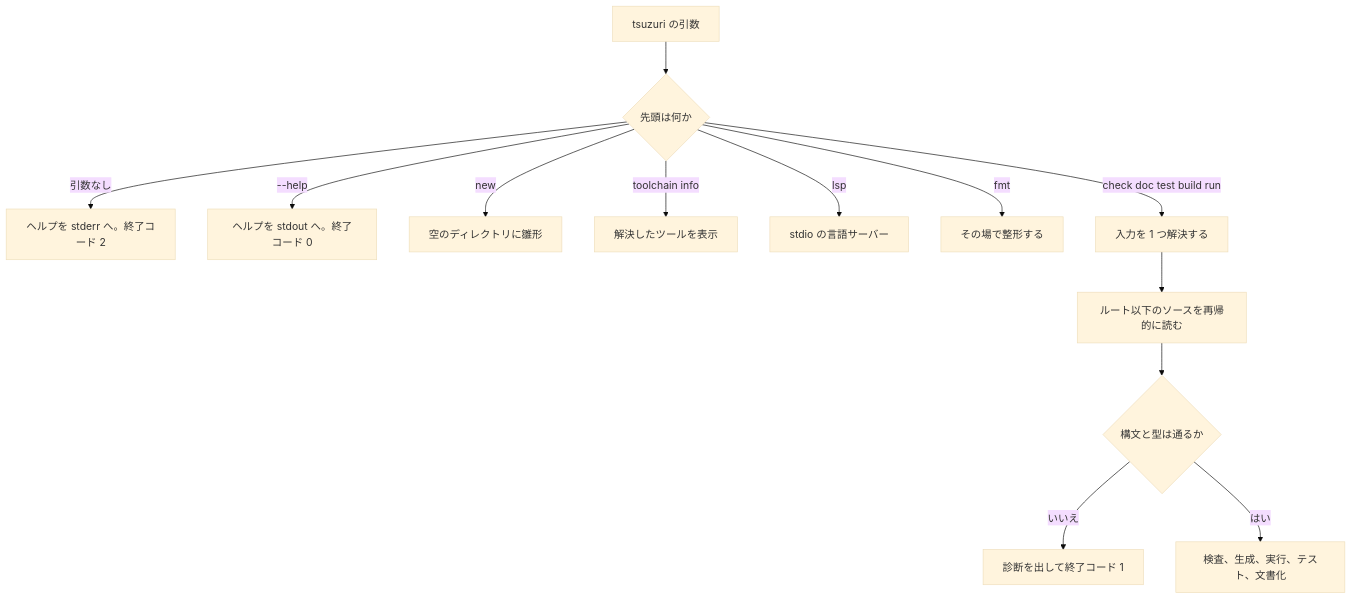
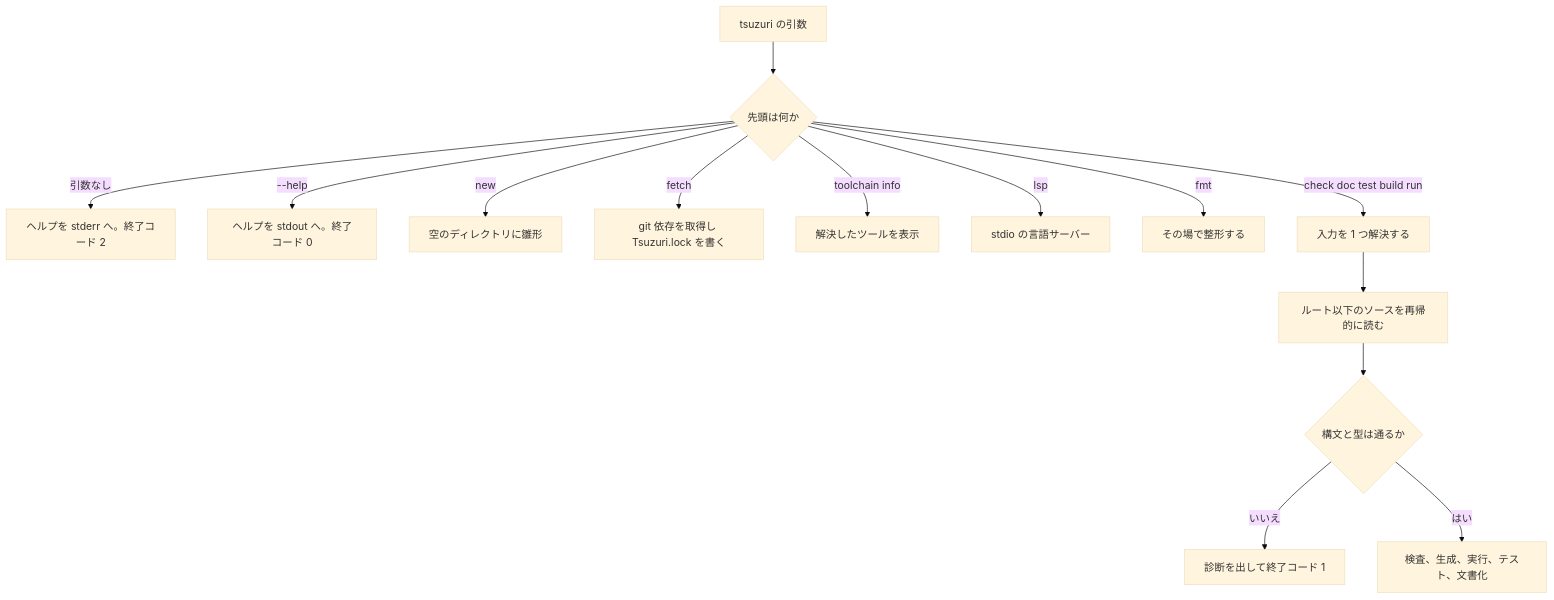
The diagram in _tsuzuri/language-reference/compiler/usage.md (tatsuya-midorikawa/Tsuzuri), drawn with Mermaid (base theme) before and after one commit. The commit also changed other lines of this file and 15 other files, not shown here.

First line of the commit message:
commit 固定の git 依存・tsuzuri fetch・Tsuzuri.lock とオフラインのビルドを追加する（E10 Phase 1）

````diff
--- a/_tsuzuri/language-reference/compiler/usage.md
+++ b/_tsuzuri/language-reference/compiler/usage.md
@@ -19,15 +20,16 @@
 ```mermaid
 flowchart TD
   cli["tsuzuri の引数"] --> kind{"先頭は何か"}
   kind -->|引数なし| usage["ヘルプを stderr へ。終了コード 2"]
   kind -->|--help| helpOut["ヘルプを stdout へ。終了コード 0"]
   kind -->|new| scaffold["空のディレクトリに雛形"]
+  kind -->|fetch| deps["git 依存を取得し Tsuzuri.lock を書く"]
   kind -->|toolchain info| tools["解決したツールを表示"]
   kind -->|lsp| server["stdio の言語サーバー"]
   kind -->|fmt| format["その場で整形する"]
   kind -->|check doc test build run| load["入力を 1 つ解決する"]
   load --> read["ルート以下のソースを再帰的に読む"]
   read --> typed{"構文と型は通るか"}
   typed -->|いいえ| report["診断を出して終了コード 1"]
   typed -->|はい| act["検査、生成、実行、テスト、文書化"]
 ```
````
